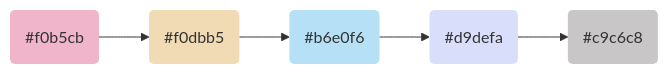
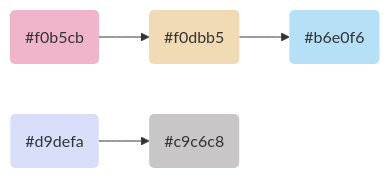
The first of 5 diagrams in notebooks/mermaid_examples.md (PCas95/programming-notes), drawn with Mermaid before and after one commit. The commit also changed other lines of this file, not shown here.

````diff
--- a/notebooks/mermaid_examples.md
+++ b/notebooks/mermaid_examples.md
@@ -1,16 +5,16 @@
 ```mermaid
 flowchart LR
 
 #f0b5cb("#f0b5cb"):::A -->
 #f0dbb5("#f0dbb5"):::B -->
-#b6e0f6("#b6e0f6"):::C -->
+#b6e0f6("#b6e0f6"):::C
+
 #d9defa("#d9defa"):::D -->
 #c9c6c8("#c9c6c8"):::E
 
 classDef A fill:#f0b5cb,stroke-width:0px,stroke:#dd1c75
 classDef B fill:#f0dbb5,stroke-width:0px,stroke:#dd1c75
 classDef C fill:#b6e0f6,stroke-width:0px,stroke:#dd1c75
 classDef D fill:#d9defa,stroke-width:0px,stroke:#dd1c75
 classDef E fill:#c9c6c8,stroke-width:0px,stroke:#dd1c75
-
 ```
````
